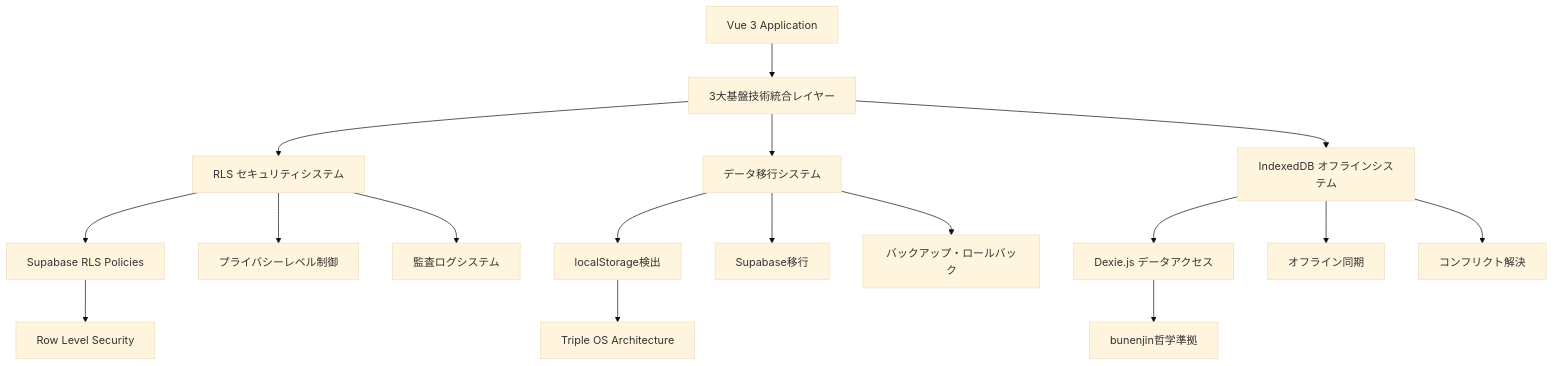
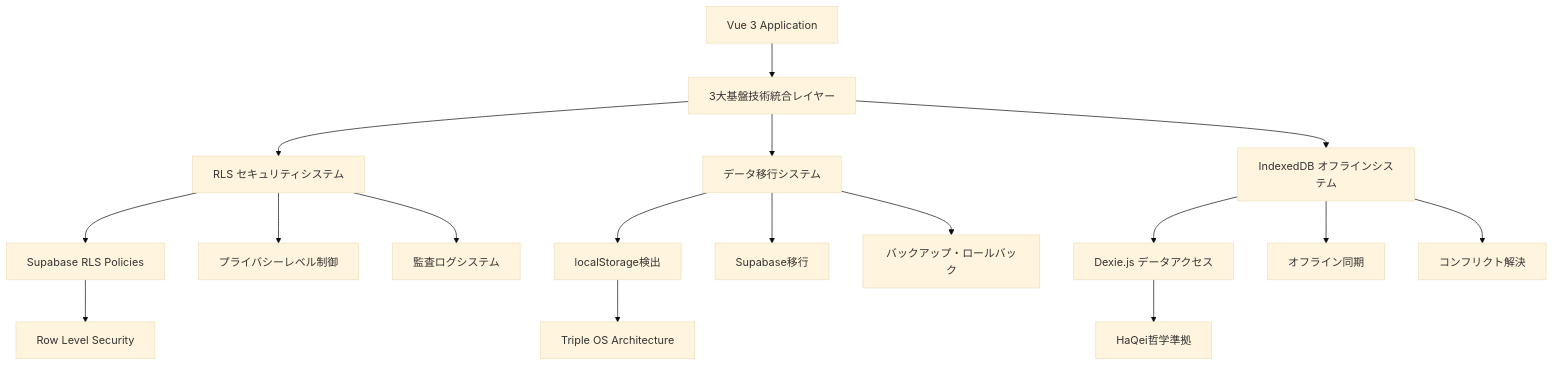
Before and after one commit to hidenaka/haqei-analyzer: the first of 2 diagrams in haqei-vue/docs/integration/20250803_INTEGRATION_Final_System_Verification_Report_v1.md, drawn with Mermaid (base theme). The commit also changed other lines of this file and 1060 other files, not shown here.

````diff
--- a/haqei-vue/docs/integration/20250803_INTEGRATION_Final_System_Verification_Report_v1.md
+++ b/haqei-vue/docs/integration/20250803_INTEGRATION_Final_System_Verification_Report_v1.md
@@ -28,24 +28,24 @@
 ```mermaid
 graph TB
     A[Vue 3 Application] --> B[3大基盤技術統合レイヤー]
     
     B --> C[RLS セキュリティシステム]
     B --> D[データ移行システム]
     B --> E[IndexedDB オフラインシステム]
     
     C --> F[Supabase RLS Policies]
     C --> G[プライバシーレベル制御]
     C --> H[監査ログシステム]
     
     D --> I[localStorage検出]
     D --> J[Supabase移行]
     D --> K[バックアップ・ロールバック]
     
     E --> L[Dexie.js データアクセス]
     E --> M[オフライン同期]
     E --> N[コンフリクト解決]
     
     F --> O[Row Level Security]
     I --> P[Triple OS Architecture]
-    L --> Q[bunenjin哲学準拠]
+    L --> Q[HaQei哲学準拠]
 ```
````
